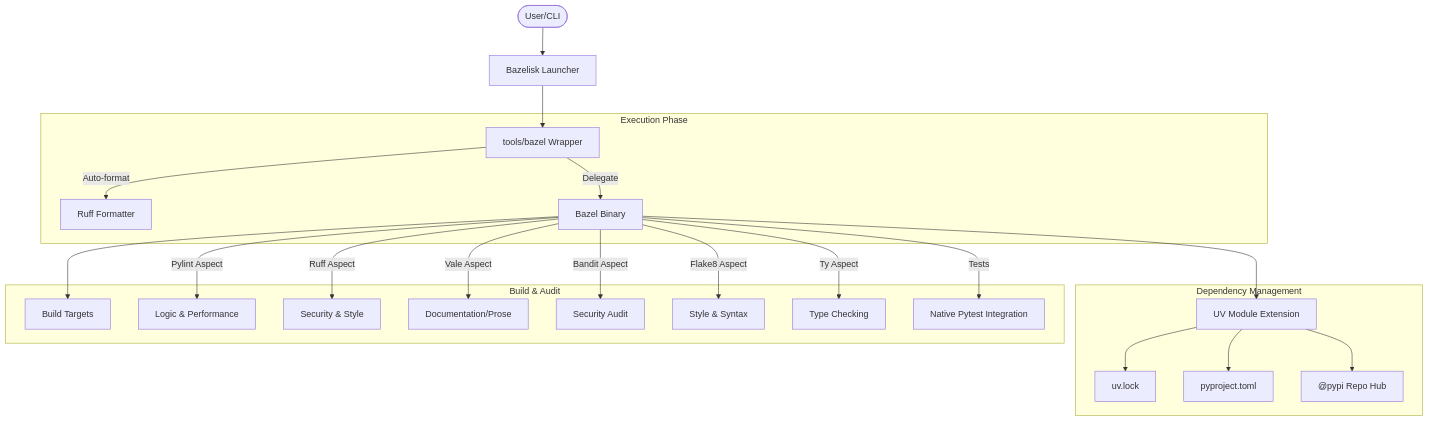
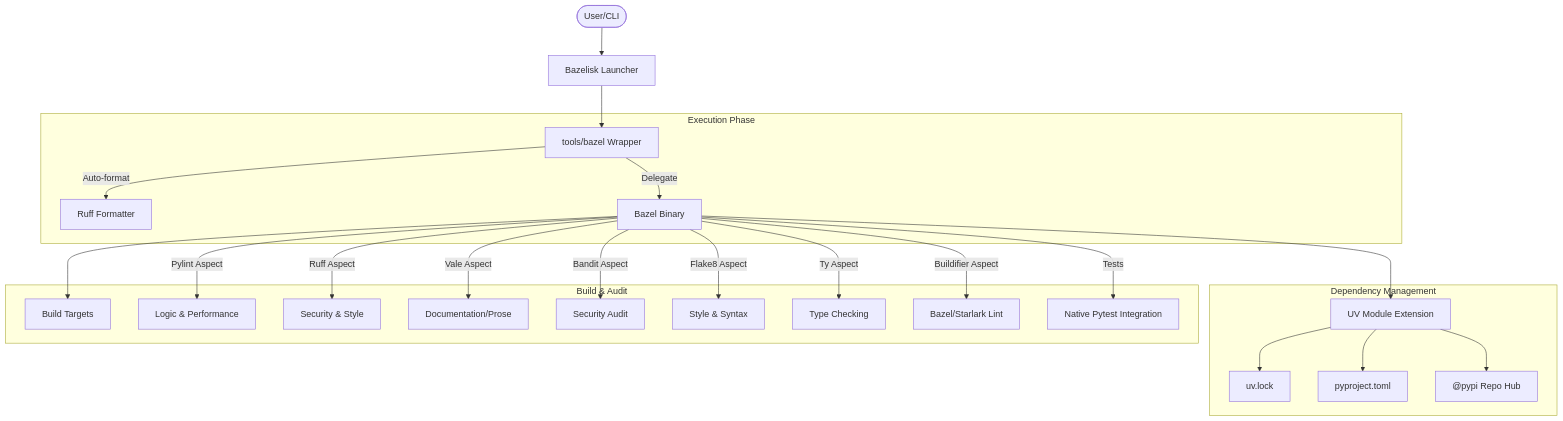
Before and after one commit to craigdbarber/python-aspect-rules: the diagram in build-architecture.md, drawn with Mermaid. The commit also changed other lines of this file and 3 other files, not shown here.

````diff
--- a/build-architecture.md
+++ b/build-architecture.md
@@ -15,28 +15,29 @@
 ```mermaid
 flowchart TD
     User(["User/CLI"]) --> Bazelisk["Bazelisk Launcher"]
     Bazelisk --> Wrapper["tools/bazel Wrapper"]
     
     subgraph EXEC ["Execution Phase"]
         Wrapper -->|"Auto-format"| RuffFmt["Ruff Formatter"]
         Wrapper -->|"Delegate"| BazelBin["Bazel Binary"]
     end
     
     subgraph DEP ["Dependency Management"]
         BazelBin --> UVExt["UV Module Extension"]
         UVExt --> UVLock["uv.lock"]
         UVExt --> PyProject["pyproject.toml"]
         UVExt --> Hub["@pypi Repo Hub"]
     end
     
     subgraph AUDIT ["Build & Audit"]
         BazelBin --> Targets["Build Targets"]
         BazelBin -->|"Pylint Aspect"| Pylint["Logic & Performance"]
         BazelBin -->|"Ruff Aspect"| Ruff["Security & Style"]
         BazelBin -->|"Vale Aspect"| ValeAspect["Documentation/Prose"]
         BazelBin -->|"Bandit Aspect"| Bandit["Security Audit"]
         BazelBin -->|"Flake8 Aspect"| Flake8["Style & Syntax"]
         BazelBin -->|"Ty Aspect"| Ty["Type Checking"]
+        BazelBin -->|"Buildifier Aspect"| Buildifier["Bazel/Starlark Lint"]
         BazelBin -->|"Tests"| Pytest["Native Pytest Integration"]
     end
 ```
````
